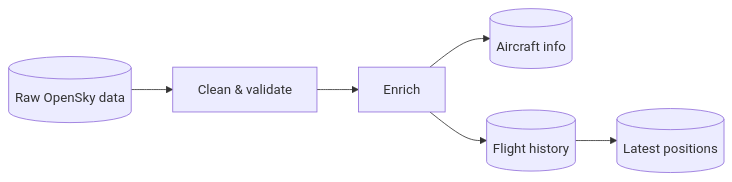
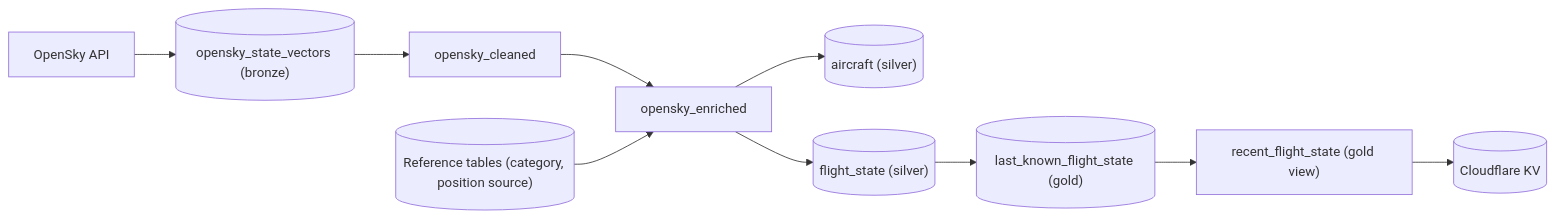
Before and after one commit to co-byte/waypoint: the first of 2 diagrams in apps/etl/README.md, drawn with Mermaid. The commit also changed other lines of this file, not shown here.

Commit message:
docs: match etl diagrams to the current tables

````diff
--- a/apps/etl/README.md
+++ b/apps/etl/README.md
@@ -7,6 +9,9 @@
 ```mermaid
 flowchart LR
-    raw[("Raw OpenSky data")] --> clean["Clean & validate"] --> enrich["Enrich"]
-    enrich --> aircraft[("Aircraft info")]
-    enrich --> history[("Flight history")] --> latest[("Latest positions")]
+    opensky["OpenSky API"] --> vectors[("opensky_state_vectors (bronze)")]
+    vectors --> cleaned["opensky_cleaned"] --> enriched["opensky_enriched"]
+    reference[("Reference tables (category, position source)")] --> enriched
+    enriched --> aircraft[("aircraft (silver)")]
+    enriched --> flight_state[("flight_state (silver)")] --> last_known[("last_known_flight_state (gold)")]
+    last_known --> recent["recent_flight_state (gold view)"] --> kv[("Cloudflare KV")]
 ```
````
